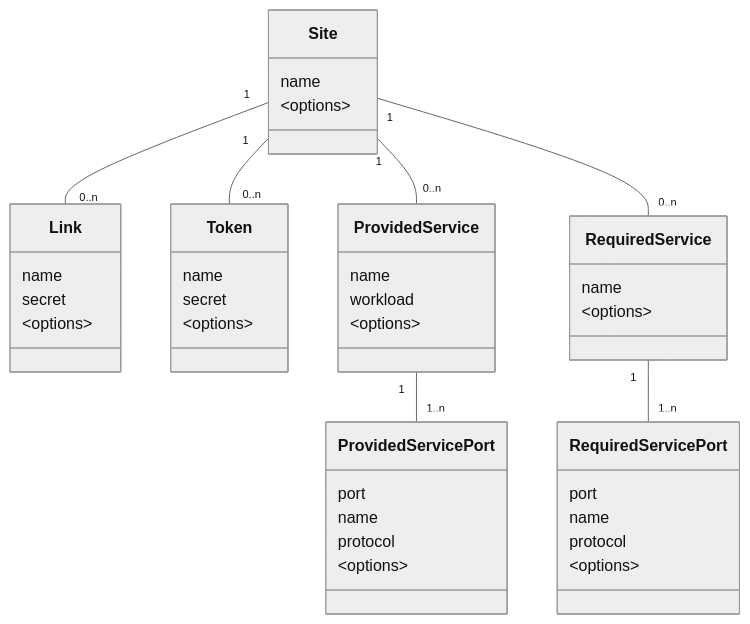
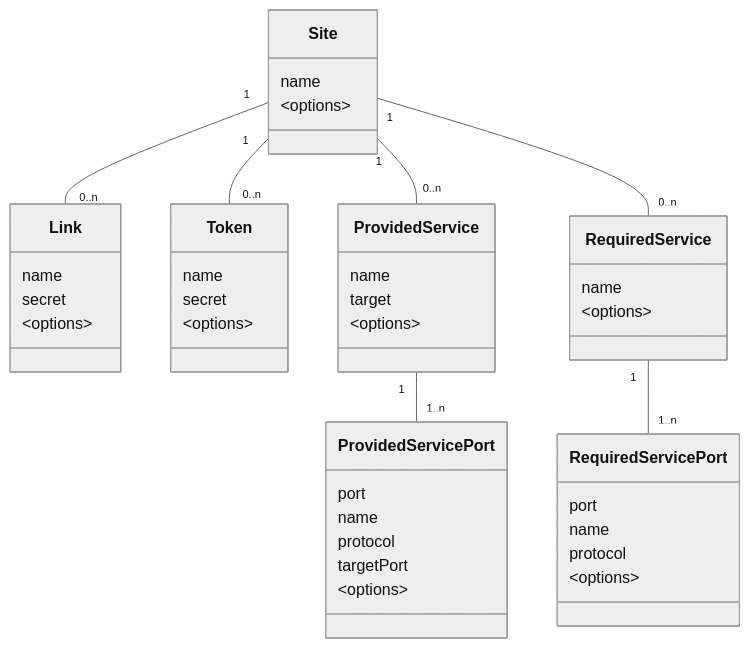
One commit to skupperproject/refdog changed the diagram in images/model.mermaid. Above: the diagram before and after it, drawn with Mermaid. The commit also changed 6 other files, not shown here.

```diff
--- a/images/model.mermaid
+++ b/images/model.mermaid
@@ -1,44 +1,45 @@
 %%{init: {'theme': 'neutral', 'fontFamily': 'Noto Sans'}}%%
 
 classDiagram
     Site "1" -- "0..n" Link
     Site "1" -- "0..n" Token
     Site "1" -- "0..n" ProvidedService
     Site "1" -- "0..n" RequiredService
     ProvidedService "1" -- "1..n" ProvidedServicePort
     RequiredService "1" -- "1..n" RequiredServicePort
     class Site {
         name
         &lt;options&gt;
     }
     class Link {
         name
         secret
         &lt;options&gt;
     }
     class Token {
         name
         secret
         &lt;options&gt;
     }
     class ProvidedService {
         name
-        workload
+        target
         &lt;options&gt;
     }
     class ProvidedServicePort {
         port
         name
         protocol
+        targetPort
         &lt;options&gt;
     }
     class RequiredService {
         name
         &lt;options&gt;
     }
     class RequiredServicePort {
         port
         name
         protocol
         &lt;options&gt;
     }
```
